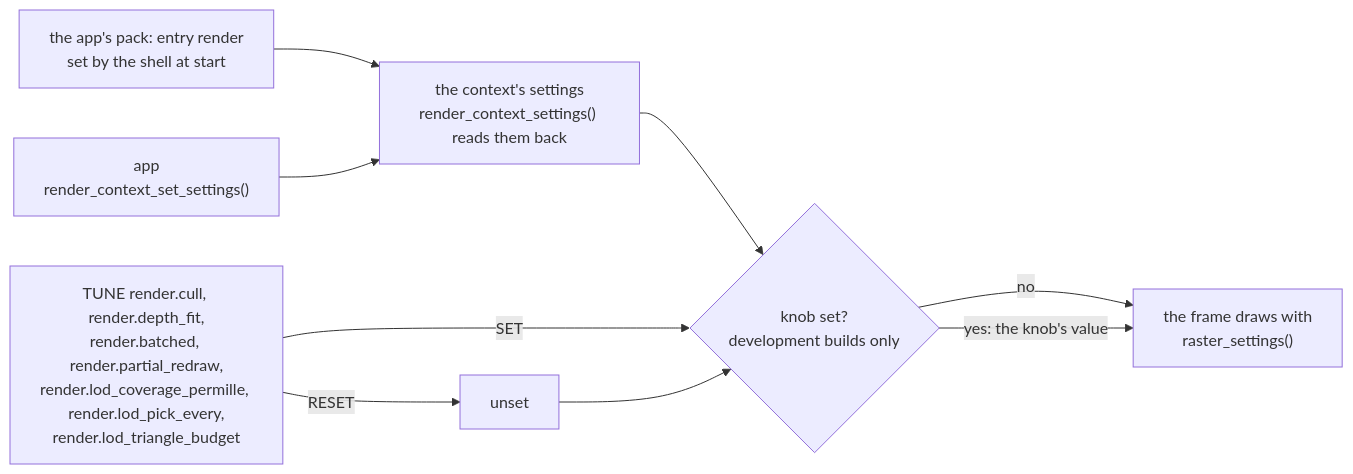
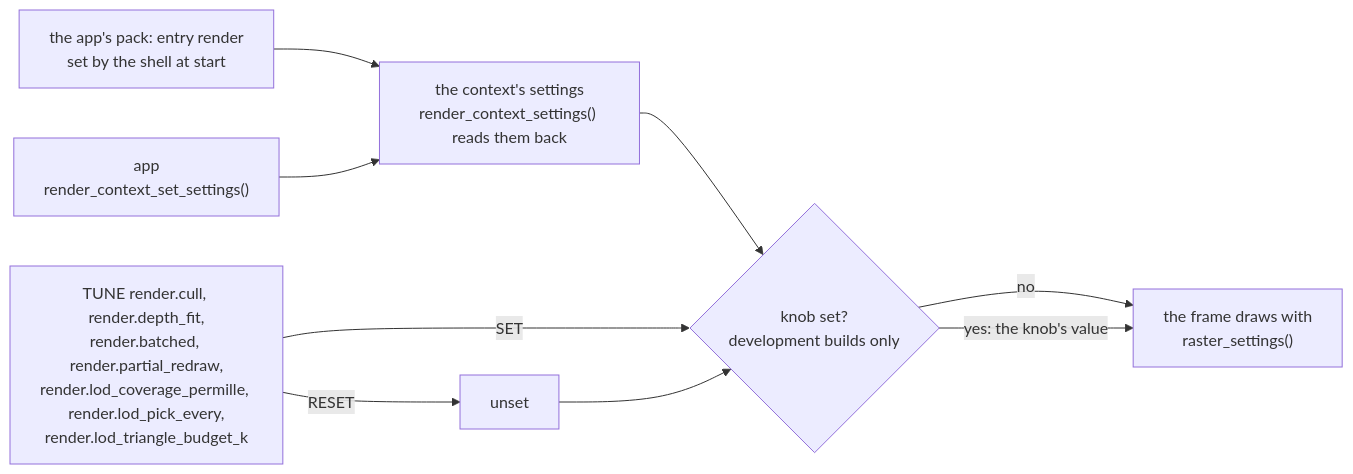
One commit to jose-villegas/autana changed the first of 4 diagrams in docs/render/Render-Settings.md. Above: the diagram before and after it, drawn with Mermaid. The commit also changed other lines of this file and 19 other files, not shown here.

First line of the commit message:
r3d LOD: the budget steers in the setting's pixels, settles under partial redraw, holds in thousands (autana-5idow)

````diff
--- a/docs/render/Render-Settings.md
+++ b/docs/render/Render-Settings.md
@@ -14,11 +14,11 @@
 ```mermaid
 flowchart LR
     Asset["the app's pack: entry render<br/>set by the shell at start"] --> Settings
     App["app<br/>render_context_set_settings()"] --> Settings["the context's settings<br/>render_context_settings() reads them back"]
     Settings --> Pick{"knob set?<br/>development builds only"}
-    Knob["TUNE render.cull, render.depth_fit,<br/>render.batched, render.partial_redraw,<br/>render.lod_coverage_permille, render.lod_pick_every,<br/>render.lod_triangle_budget"] -->|SET| Pick
+    Knob["TUNE render.cull, render.depth_fit,<br/>render.batched, render.partial_redraw,<br/>render.lod_coverage_permille, render.lod_pick_every,<br/>render.lod_triangle_budget_k"] -->|SET| Pick
     Knob -->|RESET| Unset["unset"]
     Unset --> Pick
     Pick -->|"no"| Frame["the frame draws with<br/>raster_settings()"]
     Pick -->|"yes: the knob's value"| Frame
 ```
````
